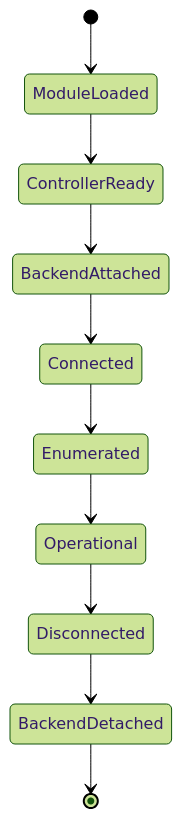
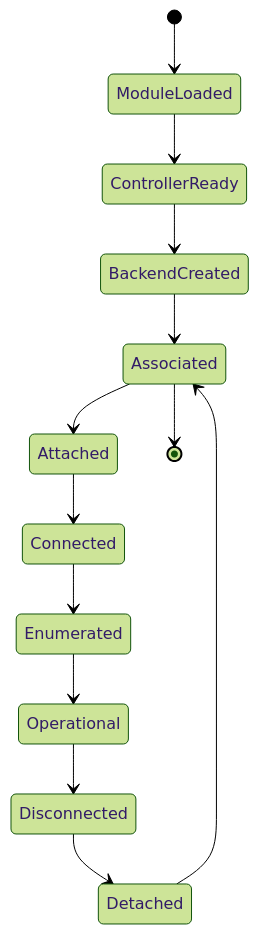
One commit to RomanBuchert/VirtUSB changed the sixth of 8 diagrams in doc/architecture/system-overview.md. Above: the diagram before and after it, drawn with Mermaid (forest theme). The commit also changed other lines of this file and 6 other files, not shown here.

First line of the commit message:
docs: refine architecture and requirements documentation (WIP)

````diff
--- a/doc/architecture/system-overview.md
+++ b/doc/architecture/system-overview.md
@@ -263,12 +434,15 @@
 ```mermaid
 stateDiagram-v2
    [*] --> ModuleLoaded
    ModuleLoaded --> ControllerReady
-   ControllerReady --> BackendAttached
-   BackendAttached --> Connected
+   ControllerReady --> BackendCreated
+   BackendCreated --> Associated
+   Associated --> Attached
+   Attached --> Connected
    Connected --> Enumerated
    Enumerated --> Operational
    Operational --> Disconnected
-   Disconnected --> BackendDetached
-   BackendDetached --> [*]
+   Disconnected --> Detached
+   Detached --> Associated
+   Associated --> [*]
 ```
````
